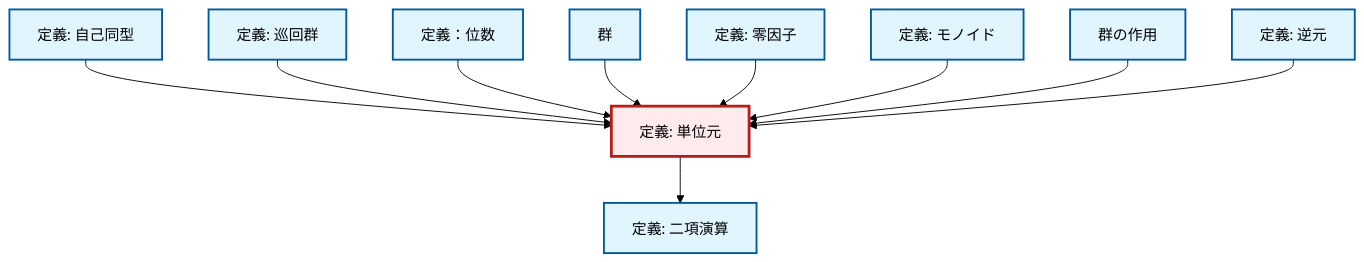
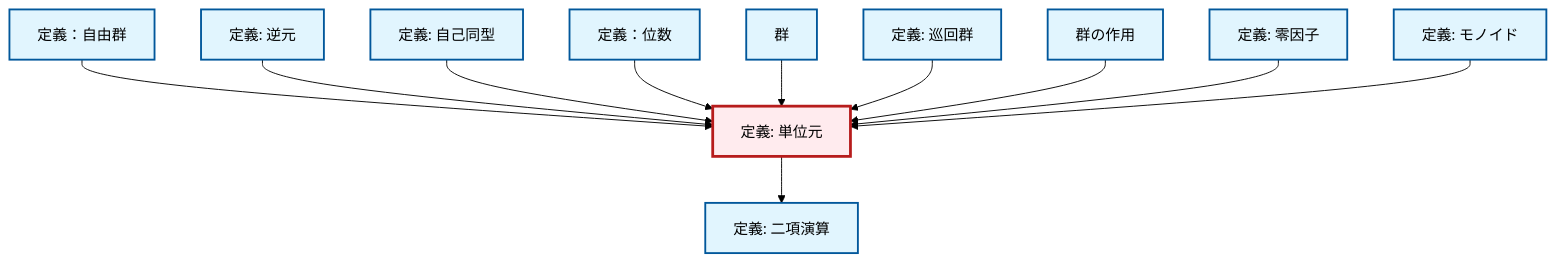
The diagram in content/ja/algebra/def-identity-element.qmd (RK0429/ModernMath), drawn with Mermaid (forest theme) before and after one commit. The commit also changed other lines of this file and 1012 other files, not shown here.

````diff
--- a/content/ja/algebra/def-identity-element.qmd
+++ b/content/ja/algebra/def-identity-element.qmd
@@ -81,38 +81,41 @@
 ```{mermaid}
 %%| fig-cap: "Local dependency graph"
 graph TD
     classDef definition fill:#e1f5fe,stroke:#01579b,stroke-width:2px
     classDef theorem fill:#f3e5f5,stroke:#4a148c,stroke-width:2px
     classDef axiom fill:#fff3e0,stroke:#e65100,stroke-width:2px
     classDef example fill:#e8f5e9,stroke:#1b5e20,stroke-width:2px
     classDef current fill:#ffebee,stroke:#b71c1c,stroke-width:3px
+    def-identity-element["定義: 単位元"]:::definition
+    def-binary-operation["定義: 二項演算"]:::definition
+    def-inverse-element["定義: 逆元"]:::definition
+    def-free-group["定義：自由群"]:::definition
+    def-cyclic-group["定義: 巡回群"]:::definition
+    def-order["定義：位数"]:::definition
+    def-group-action["群の作用"]:::definition
+    def-monoid["定義: モノイド"]:::definition
+    def-automorphism["定義: 自己同型"]:::definition
+    def-group["群"]:::definition
     def-zero-divisor["定義: 零因子"]:::definition
-    def-automorphism["定義: 自己同型"]:::definition
-    def-cyclic-group["定義: 巡回群"]:::definition
-    def-inverse-element["定義: 逆元"]:::definition
-    def-binary-operation["定義: 二項演算"]:::definition
-    def-order["定義：位数"]:::definition
-    def-identity-element["定義: 単位元"]:::definition
-    def-monoid["定義: モノイド"]:::definition
-    def-group-action["群の作用"]:::definition
-    def-group["群"]:::definition
+    def-free-group --> def-identity-element
+    def-inverse-element --> def-identity-element
+    def-identity-element --> def-binary-operation
     def-automorphism --> def-identity-element
-    def-cyclic-group --> def-identity-element
     def-order --> def-identity-element
     def-group --> def-identity-element
+    def-cyclic-group --> def-identity-element
+    def-group-action --> def-identity-element
     def-zero-divisor --> def-identity-element
     def-monoid --> def-identity-element
-    def-group-action --> def-identity-element
-    def-inverse-element --> def-identity-element
-    def-identity-element --> def-binary-operation
     class def-identity-element current
+    click def-binary-operation "def-binary-operation.html" "二項演算の定義へ"
+    click def-inverse-element "def-inverse-element.html" "逆元の定義へ"
+    click def-free-group "def-free-group.html" "定義：自由群へ"
+    click def-cyclic-group "def-cyclic-group.html" "巡回群の定義へ"
+    click def-order "def-order.html" "定義：位数へ"
+    click def-group-action "def-group-action.html" "群の作用へ"
+    click def-monoid "def-monoid.html" "モノイドの定義へ"
+    click def-automorphism "def-automorphism.html" "自己同型の定義へ"
+    click def-group "def-group.html" "群へ"
     click def-zero-divisor "def-zero-divisor.html" "零因子の定義へ"
-    click def-automorphism "def-automorphism.html" "自己同型の定義へ"
-    click def-cyclic-group "def-cyclic-group.html" "巡回群の定義へ"
-    click def-inverse-element "def-inverse-element.html" "逆元の定義へ"
-    click def-binary-operation "def-binary-operation.html" "二項演算の定義へ"
-    click def-order "def-order.html" "定義：位数へ"
-    click def-monoid "def-monoid.html" "モノイドの定義へ"
-    click def-group-action "def-group-action.html" "群の作用へ"
-    click def-group "def-group.html" "群へ"
 ```
````
